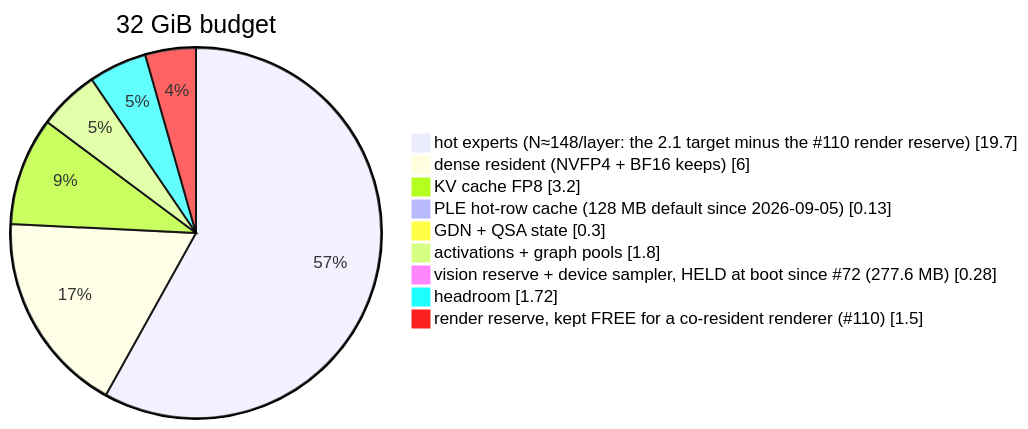
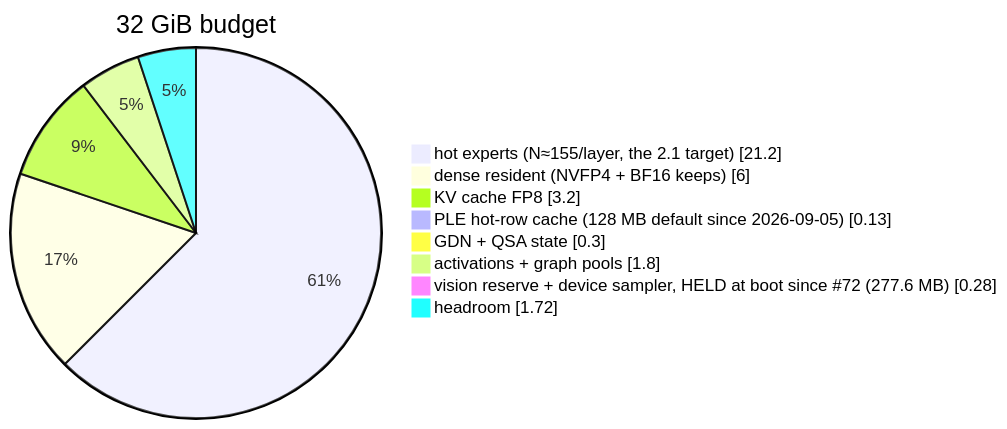
The third of 8 diagrams in docs/diagrams.md (nibor1896/crow-nest), drawn with Mermaid before and after one commit. The commit also changed other lines of this file and 9 other files, not shown here.

````diff
--- a/docs/diagrams.md
+++ b/docs/diagrams.md
@@ -98,12 +98,11 @@
 ```mermaid
 pie showData title 32 GiB budget
-    "hot experts (N≈148/layer: the 2.1 target minus the #110 render reserve)" : 19.7
+    "hot experts (N≈155/layer, the 2.1 target)" : 21.2
     "dense resident (NVFP4 + BF16 keeps)" : 6.0
     "KV cache FP8" : 3.2
     "PLE hot-row cache (128 MB default since 2026-09-05)" : 0.13
     "GDN + QSA state" : 0.3
     "activations + graph pools" : 1.8
     "vision reserve + device sampler, HELD at boot since #72 (277.6 MB)" : 0.28
     "headroom" : 1.72
-    "render reserve, kept FREE for a co-resident renderer (#110)" : 1.5
 ```
````
